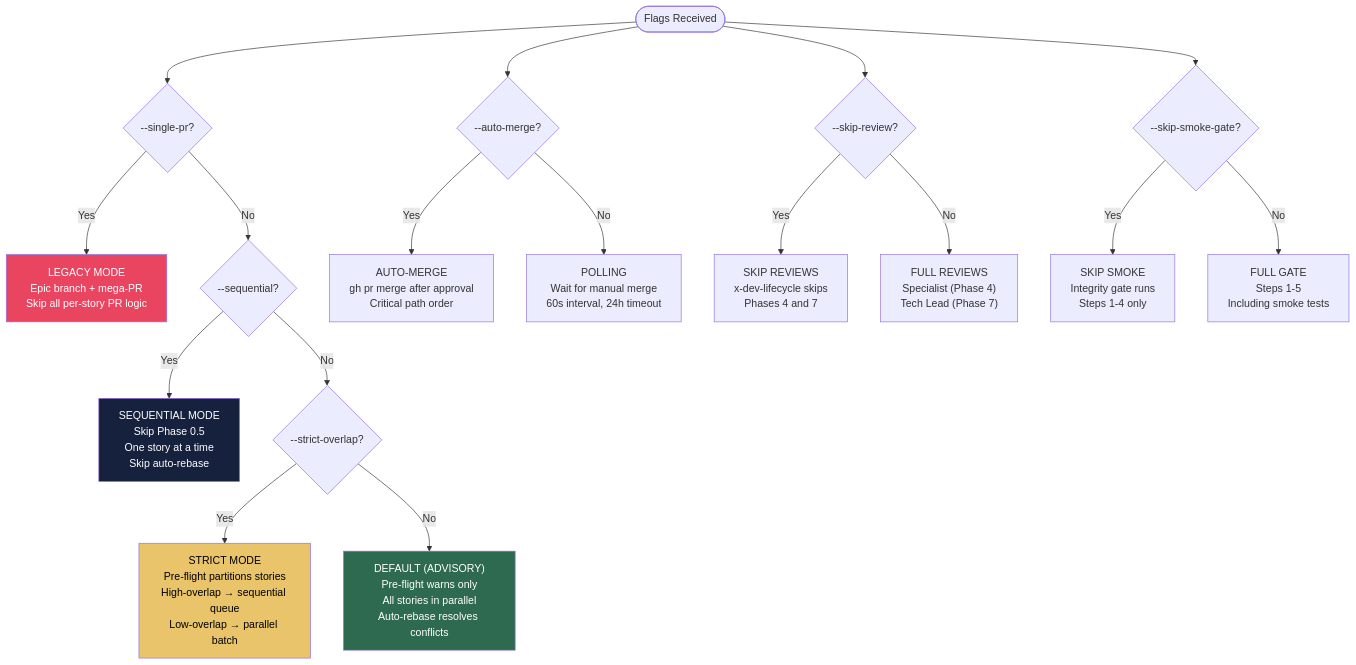
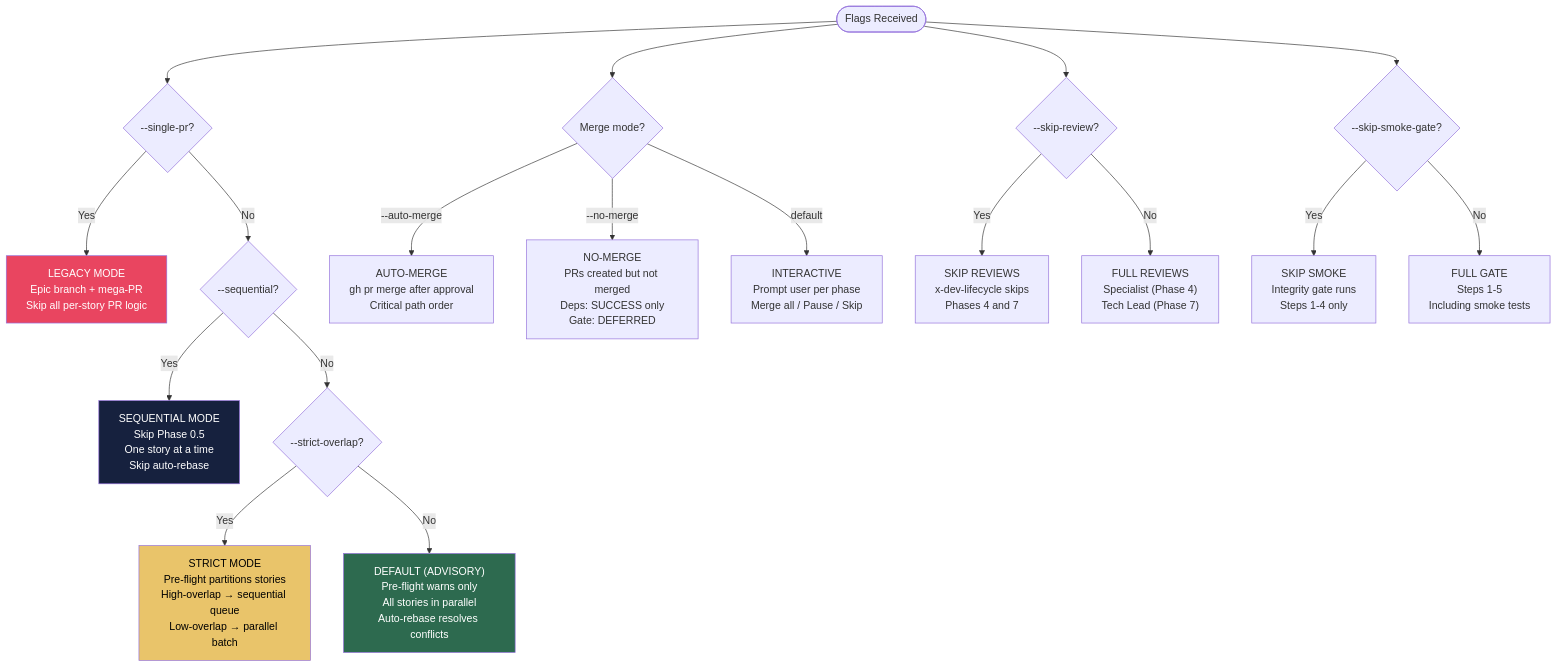
One commit to edercnj/ia-dev-environment changed the fifth of 8 diagrams in .claude/skills/x-dev-epic-implement/README.md. Above: the diagram before and after it, drawn with Mermaid. The commit also changed other lines of this file and 7 other files, not shown here.

````diff
--- a/.claude/skills/x-dev-epic-implement/README.md
+++ b/.claude/skills/x-dev-epic-implement/README.md
@@ -249,29 +255,30 @@
 ```mermaid
 flowchart TD
     FLAGS([Flags Received]) --> F1{--single-pr?}
     F1 -->|Yes| LEGACY["LEGACY MODE<br/>Epic branch + mega-PR<br/>Skip all per-story PR logic"]
     F1 -->|No| F2{--sequential?}
 
     F2 -->|Yes| SEQMODE["SEQUENTIAL MODE<br/>Skip Phase 0.5<br/>One story at a time<br/>Skip auto-rebase"]
     F2 -->|No| F3{--strict-overlap?}
 
     F3 -->|Yes| STRICT["STRICT MODE<br/>Pre-flight partitions stories<br/>High-overlap → sequential queue<br/>Low-overlap → parallel batch"]
     F3 -->|No| ADVISORY["DEFAULT (ADVISORY)<br/>Pre-flight warns only<br/>All stories in parallel<br/>Auto-rebase resolves conflicts"]
 
-    FLAGS --> F4{--auto-merge?}
-    F4 -->|Yes| AUTO["AUTO-MERGE<br/>gh pr merge after approval<br/>Critical path order"]
-    F4 -->|No| POLL["POLLING<br/>Wait for manual merge<br/>60s interval, 24h timeout"]
+    FLAGS --> F4{Merge mode?}
+    F4 -->|--auto-merge| AUTO["AUTO-MERGE<br/>gh pr merge after approval<br/>Critical path order"]
+    F4 -->|--no-merge| NOMERGE["NO-MERGE<br/>PRs created but not merged<br/>Deps: SUCCESS only<br/>Gate: DEFERRED"]
+    F4 -->|default| INTERACTIVE["INTERACTIVE<br/>Prompt user per phase<br/>Merge all / Pause / Skip"]
 
     FLAGS --> F5{--skip-review?}
     F5 -->|Yes| NOREVIEW["SKIP REVIEWS<br/>x-dev-lifecycle skips<br/>Phases 4 and 7"]
     F5 -->|No| FULLREVIEW["FULL REVIEWS<br/>Specialist (Phase 4)<br/>Tech Lead (Phase 7)"]
 
     FLAGS --> F6{--skip-smoke-gate?}
     F6 -->|Yes| NOSMOKE["SKIP SMOKE<br/>Integrity gate runs<br/>Steps 1-4 only"]
     F6 -->|No| FULLSMOKE["FULL GATE<br/>Steps 1-5<br/>Including smoke tests"]
 
     style LEGACY fill:#e94560,color:#fff
     style ADVISORY fill:#2d6a4f,color:#fff
     style STRICT fill:#e9c46a,color:#000
     style SEQMODE fill:#16213e,color:#fff
 ```
````
